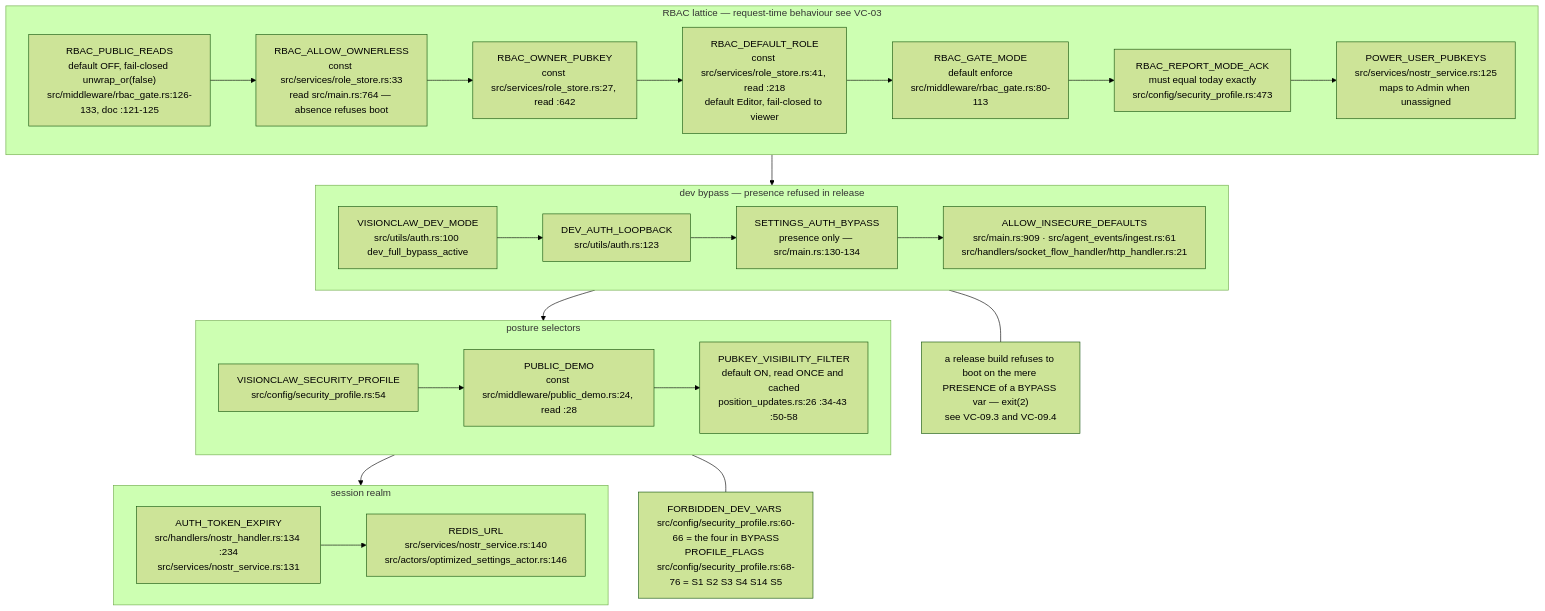
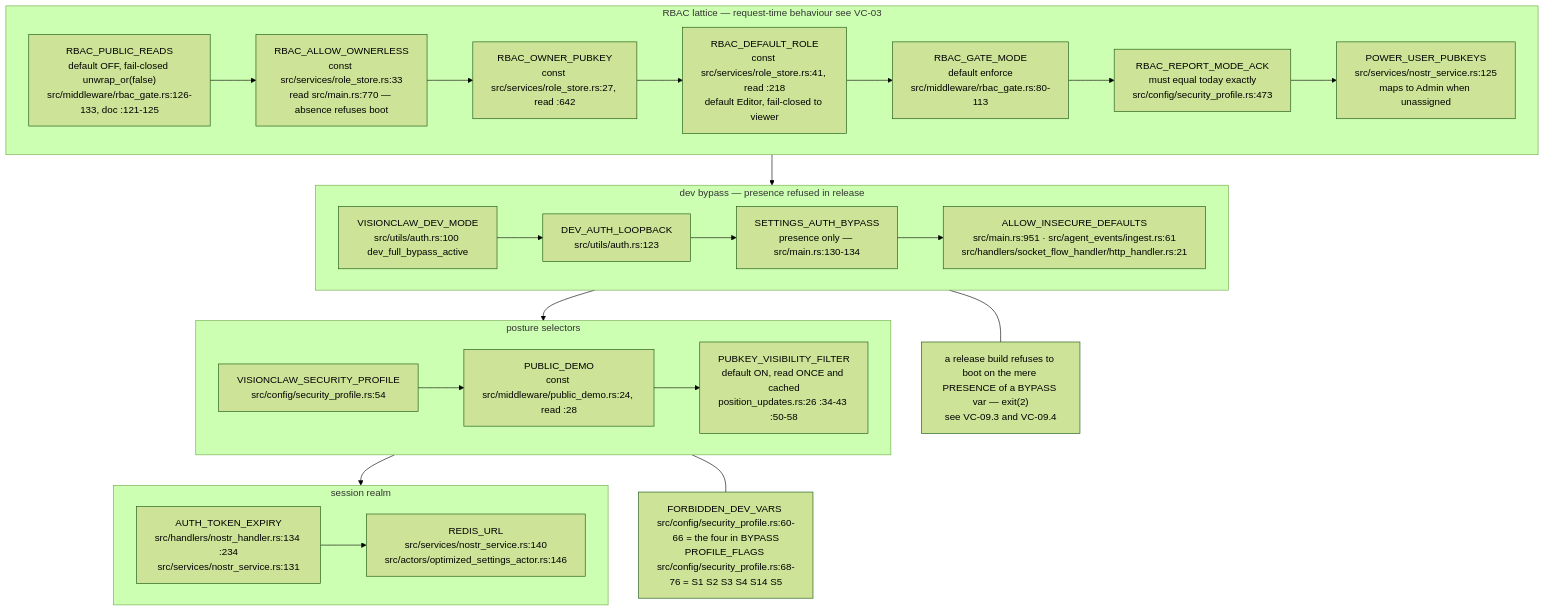
The ninth of 15 diagrams in docs/diagrams/visionclaw/09-config-and-env-flags.md (DreamLab-AI/VisionFlow), drawn with Mermaid (forest theme) before and after one commit. The commit also changed other lines of this file and 32 other files, not shown here.

````diff
--- a/docs/diagrams/visionclaw/09-config-and-env-flags.md
+++ b/docs/diagrams/visionclaw/09-config-and-env-flags.md
@@ -402,20 +405,20 @@
 ```mermaid
 flowchart TB
     subgraph RBAC["RBAC lattice — request-time behaviour see VC-03"]
-        S1["RBAC_PUBLIC_READS<br/>default OFF, fail-closed unwrap_or(false)<br/>src/middleware/rbac_gate.rs:126-133, doc :121-125"] --> S2["RBAC_ALLOW_OWNERLESS<br/>const src/services/role_store.rs:33<br/>read src/main.rs:764 — absence refuses boot"] --> S3["RBAC_OWNER_PUBKEY<br/>const src/services/role_store.rs:27, read :642"] --> S4["RBAC_DEFAULT_ROLE<br/>const src/services/role_store.rs:41, read :218<br/>default Editor, fail-closed to viewer"] --> S5["RBAC_GATE_MODE<br/>default enforce<br/>src/middleware/rbac_gate.rs:80-113"] --> S6["RBAC_REPORT_MODE_ACK<br/>must equal today exactly<br/>src/config/security_profile.rs:473"] --> S7["POWER_USER_PUBKEYS<br/>src/services/nostr_service.rs:125<br/>maps to Admin when unassigned"]
+        S1["RBAC_PUBLIC_READS<br/>default OFF, fail-closed unwrap_or(false)<br/>src/middleware/rbac_gate.rs:126-133, doc :121-125"] --> S2["RBAC_ALLOW_OWNERLESS<br/>const src/services/role_store.rs:33<br/>read src/main.rs:770 — absence refuses boot"] --> S3["RBAC_OWNER_PUBKEY<br/>const src/services/role_store.rs:27, read :642"] --> S4["RBAC_DEFAULT_ROLE<br/>const src/services/role_store.rs:41, read :218<br/>default Editor, fail-closed to viewer"] --> S5["RBAC_GATE_MODE<br/>default enforce<br/>src/middleware/rbac_gate.rs:80-113"] --> S6["RBAC_REPORT_MODE_ACK<br/>must equal today exactly<br/>src/config/security_profile.rs:473"] --> S7["POWER_USER_PUBKEYS<br/>src/services/nostr_service.rs:125<br/>maps to Admin when unassigned"]
     end
     subgraph BYPASS["dev bypass — presence refused in release"]
-        S8["VISIONCLAW_DEV_MODE<br/>src/utils/auth.rs:100 dev_full_bypass_active"] --> S9["DEV_AUTH_LOOPBACK<br/>src/utils/auth.rs:123"] --> S10["SETTINGS_AUTH_BYPASS<br/>presence only — src/main.rs:130-134"] --> S11["ALLOW_INSECURE_DEFAULTS<br/>src/main.rs:909 · src/agent_events/ingest.rs:61<br/>src/handlers/socket_flow_handler/http_handler.rs:21"]
+        S8["VISIONCLAW_DEV_MODE<br/>src/utils/auth.rs:100 dev_full_bypass_active"] --> S9["DEV_AUTH_LOOPBACK<br/>src/utils/auth.rs:123"] --> S10["SETTINGS_AUTH_BYPASS<br/>presence only — src/main.rs:130-134"] --> S11["ALLOW_INSECURE_DEFAULTS<br/>src/main.rs:951 · src/agent_events/ingest.rs:61<br/>src/handlers/socket_flow_handler/http_handler.rs:21"]
     end
     subgraph POSTURE["posture selectors"]
         S12["VISIONCLAW_SECURITY_PROFILE<br/>src/config/security_profile.rs:54"] --> S13["PUBLIC_DEMO<br/>const src/middleware/public_demo.rs:24, read :28"] --> S14["PUBKEY_VISIBILITY_FILTER<br/>default ON, read ONCE and cached<br/>position_updates.rs:26 :34-43 :50-58"]
     end
     subgraph SESS["session realm"]
         S15["AUTH_TOKEN_EXPIRY<br/>src/handlers/nostr_handler.rs:134 :234<br/>src/services/nostr_service.rs:131"] --> S16["REDIS_URL<br/>src/services/nostr_service.rs:140<br/>src/actors/optimized_settings_actor.rs:146"]
     end
     RBAC --> BYPASS --> POSTURE --> SESS
     N2["FORBIDDEN_DEV_VARS src/config/security_profile.rs:60-66 = the four in BYPASS<br/>PROFILE_FLAGS src/config/security_profile.rs:68-76 = S1 S2 S3 S4 S14 S5"]
     POSTURE --- N2
     N3["a release build refuses to boot on the mere PRESENCE of a BYPASS var — exit(2)<br/>see VC-09.3 and VC-09.4"]
     BYPASS --- N3
 ```
````
